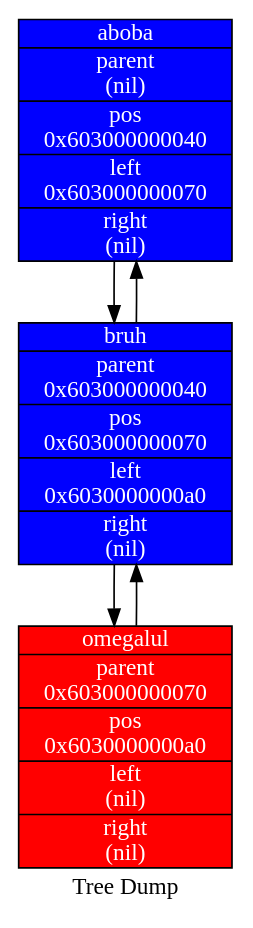
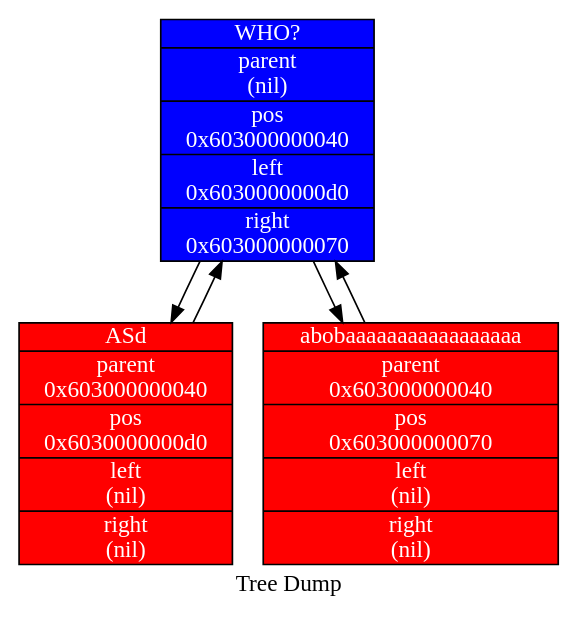
Before and after one commit to aidenfmunro/Akinator: the diagram in treegraph.dot, drawn with Graphviz. The commit also changed 16 other files, not shown here.

```diff
--- a/treegraph.dot
+++ b/treegraph.dot
@@ -1,13 +1,13 @@
   digraph tree  {
   node [shape = "circle", style = "filled", fillcolor = "blue", fontcolor = "#FFFFFF", margin = "0.01"];
   rankdir = "TB";
 
   label = "Tree Dump";
-  "aboba" [shape = "record", label = "{aboba | parent\n(nil) | <f0> pos\n0x603000000040| left\n0x603000000070 | right\n(nil)\n}"];
-  "aboba"->"bruh";
-  "bruh"->"aboba";
-  "bruh" [shape = "record", label = "{bruh | parent\n0x603000000040 | <f0> pos\n0x603000000070| left\n0x6030000000a0 | right\n(nil)\n}"];
-  "bruh"->"omegalul";
-  "omegalul"->"bruh";
-  "omegalul" [shape = "record", fillcolor = "red", label = "{omegalul | parent\n0x603000000070 | <f0> pos\n0x6030000000a0| left\n(nil) | right\n(nil)\n}"];
+  "WHO?" [shape = "record", label = "{WHO? | parent\n(nil) | <f0> pos\n0x603000000040| left\n0x6030000000d0 | right\n0x603000000070\n}"];
+  "WHO?"->"ASd";
+  "ASd"->"WHO?";
+  "ASd" [shape = "record", fillcolor = "red", label = "{ASd | parent\n0x603000000040 | <f0> pos\n0x6030000000d0| left\n(nil) | right\n(nil)\n}"];
+  "WHO?"->"abobaaaaaaaaaaaaaaaaa";
+  "abobaaaaaaaaaaaaaaaaa"->"WHO?";
+  "abobaaaaaaaaaaaaaaaaa" [shape = "record", fillcolor = "red", label = "{abobaaaaaaaaaaaaaaaaa | parent\n0x603000000040 | <f0> pos\n0x603000000070| left\n(nil) | right\n(nil)\n}"];
   }
```
